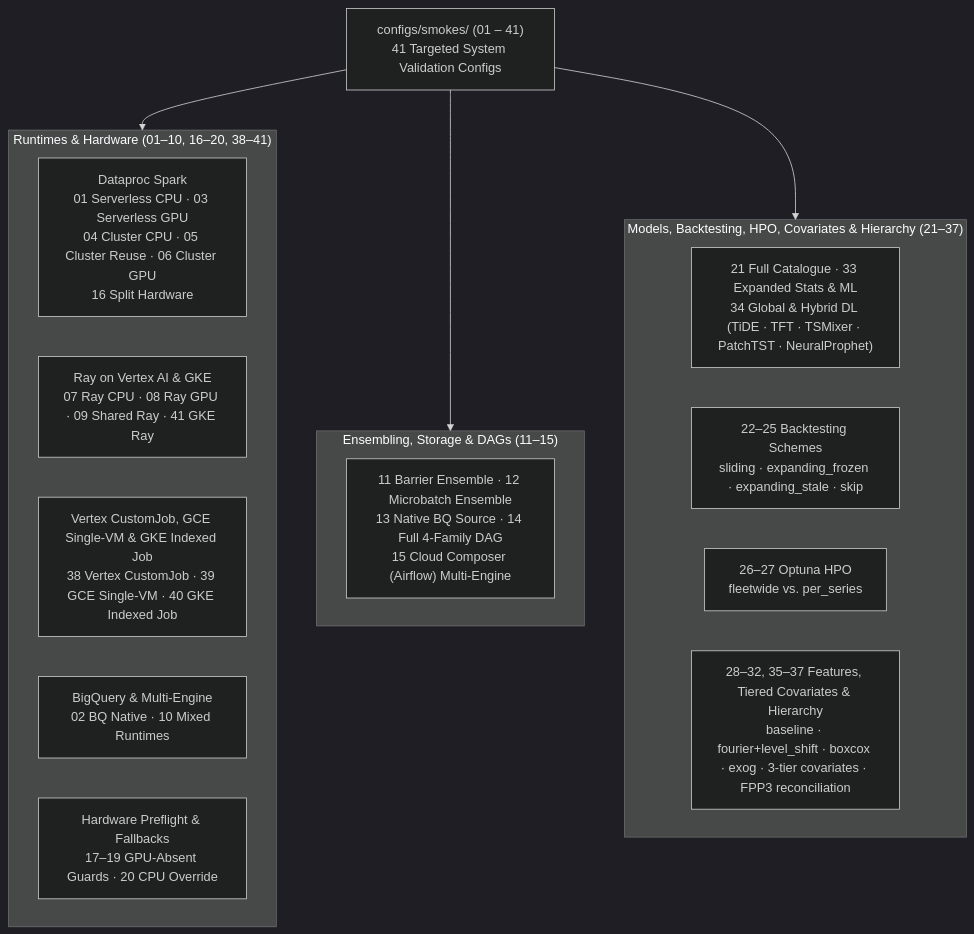
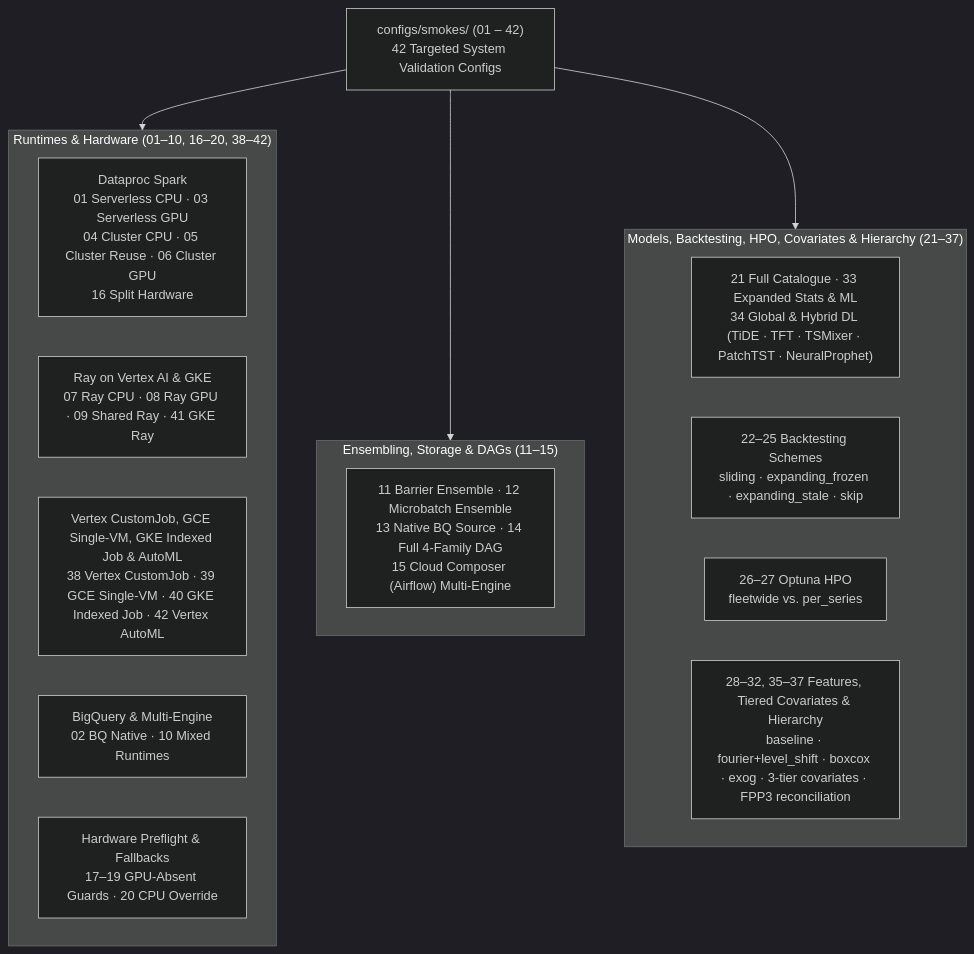
The diagram in configs/smokes/README.md (statmike/scale-forecasting), drawn with Mermaid (dark theme) before and after one commit. The commit also changed other lines of this file and 102 other files, not shown here.

Commit message:
feat(automl,explainability): add Vertex AI AutoML & Tabular Workflows (vertex_l2l, vertex_tide, vertex_tft, vertex_seq2seq), Two-Tier Feature Attributions, and repo-wide docs

````diff
--- a/configs/smokes/README.md
+++ b/configs/smokes/README.md
@@ -9,25 +9,25 @@
 ```mermaid
 flowchart TB
-    suite["configs/smokes/ (01 – 41)<br/>41 Targeted System Validation Configs"]
+    suite["configs/smokes/ (01 – 42)<br/>42 Targeted System Validation Configs"]
 
-    subgraph rt["Runtimes & Hardware (01–10, 16–20, 38–41)"]
+    subgraph rt["Runtimes & Hardware (01–10, 16–20, 38–42)"]
         s_spark["Dataproc Spark<br/>01 Serverless CPU · 03 Serverless GPU<br/>04 Cluster CPU · 05 Cluster Reuse · 06 Cluster GPU<br/>16 Split Hardware"]
         s_ray["Ray on Vertex AI & GKE<br/>07 Ray CPU · 08 Ray GPU · 09 Shared Ray · 41 GKE Ray"]
-        s_vtx_gce["Vertex CustomJob, GCE Single-VM & GKE Indexed Job<br/>38 Vertex CustomJob · 39 GCE Single-VM · 40 GKE Indexed Job"]
+        s_vtx_gce["Vertex CustomJob, GCE Single-VM, GKE Indexed Job & AutoML<br/>38 Vertex CustomJob · 39 GCE Single-VM · 40 GKE Indexed Job · 42 Vertex AutoML"]
         s_bq["BigQuery & Multi-Engine<br/>02 BQ Native · 10 Mixed Runtimes"]
         s_hw["Hardware Preflight & Fallbacks<br/>17–19 GPU-Absent Guards · 20 CPU Override"]
     end
 
     subgraph dag["Ensembling, Storage & DAGs (11–15)"]
         s_ens["11 Barrier Ensemble · 12 Microbatch Ensemble<br/>13 Native BQ Source · 14 Full 4-Family DAG<br/>15 Cloud Composer (Airflow) Multi-Engine"]
     end
 
     subgraph model_bt["Models, Backtesting, HPO, Covariates & Hierarchy (21–37)"]
         s_cat["21 Full Catalogue · 33 Expanded Stats & ML<br/>34 Global & Hybrid DL (TiDE · TFT · TSMixer · PatchTST · NeuralProphet)"]
         s_bt["22–25 Backtesting Schemes<br/>sliding · expanding_frozen · expanding_stale · skip"]
         s_hpo["26–27 Optuna HPO<br/>fleetwide vs. per_series"]
         s_feat["28–32, 35–37 Features, Tiered Covariates & Hierarchy<br/>baseline · fourier+level_shift · boxcox · exog · 3-tier covariates · FPP3 reconciliation"]
     end
 
     suite --> rt & dag & model_bt
 ```
````
